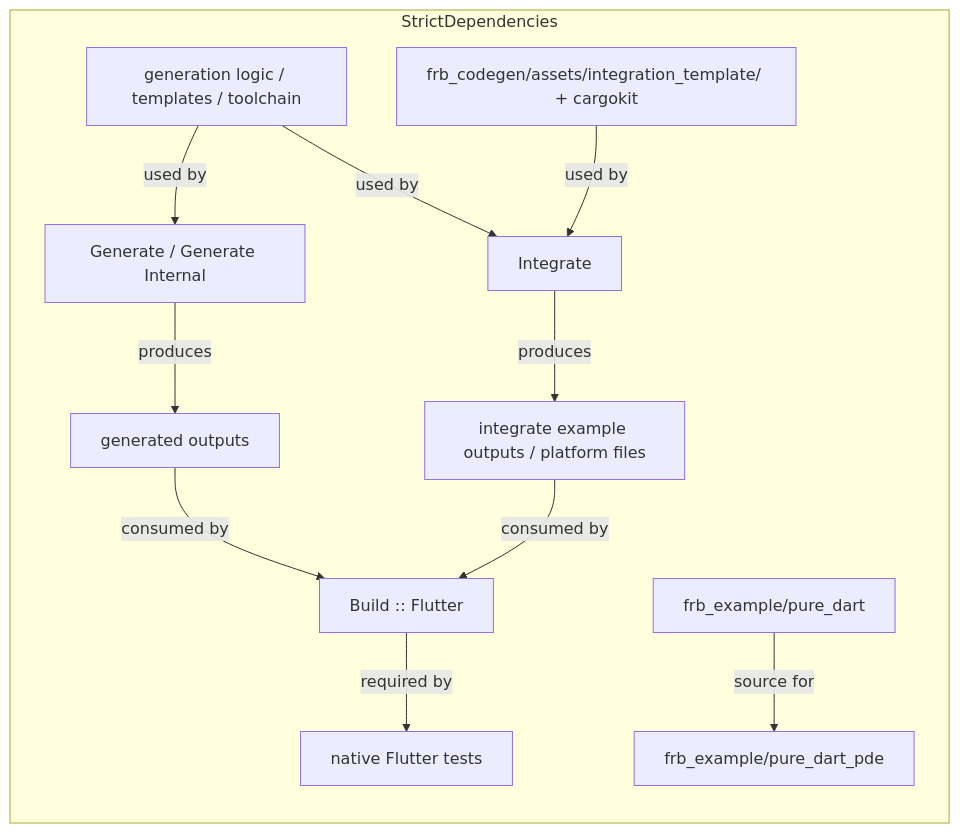
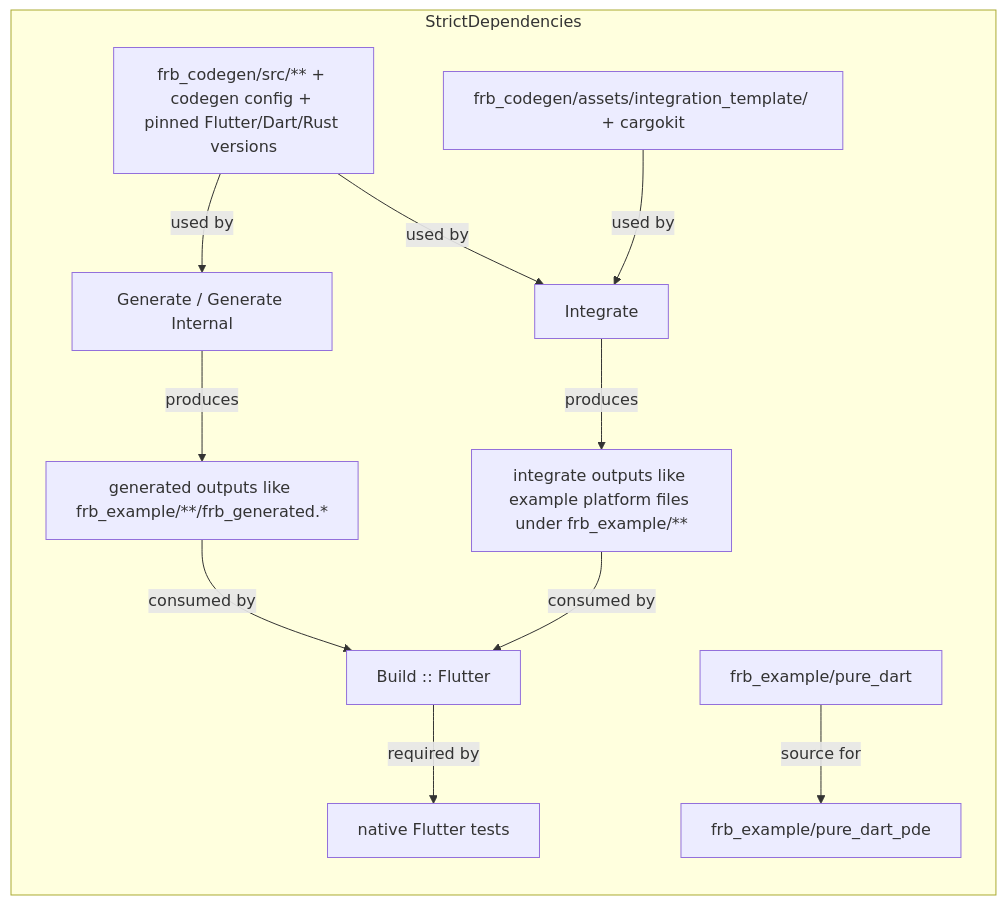
Before and after one commit to fzyzcjy/flutter_rust_bridge: the diagram in .claude/skills/frb-fix-ci/SKILL.md, drawn with Mermaid. The commit also changed other lines of this file, not shown here.

Commit message:
Use concrete FRB paths in dependency graph

````diff
--- a/.claude/skills/frb-fix-ci/SKILL.md
+++ b/.claude/skills/frb-fix-ci/SKILL.md
@@ -43,25 +43,25 @@
 ```mermaid
 flowchart LR
     subgraph StrictDependencies
-        Tooling["generation logic / templates / toolchain"]
+        Tooling["frb_codegen/src/** + codegen config + pinned Flutter/Dart/Rust versions"]
         Codegen["Generate / Generate Internal"]
-        Outputs["generated outputs"]
+        Outputs["generated outputs like frb_example/**/frb_generated.*"]
         Template["frb_codegen/assets/integration_template/ + cargokit"]
         Integrate["Integrate"]
-        ExampleOutputs["integrate example outputs / platform files"]
+        ExampleOutputs["integrate outputs like example platform files under frb_example/**"]
         Build["Build :: Flutter"]
         NativeTests["native Flutter tests"]
         PureDart["frb_example/pure_dart"]
         PureDartPde["frb_example/pure_dart_pde"]
 
         Tooling -->|used by| Codegen
         Tooling -->|used by| Integrate
         Codegen -->|produces| Outputs
         Template -->|used by| Integrate
         Integrate -->|produces| ExampleOutputs
         Outputs -->|consumed by| Build
         ExampleOutputs -->|consumed by| Build
         Build -->|required by| NativeTests
         PureDart -->|source for| PureDartPde
     end
 ```
````
